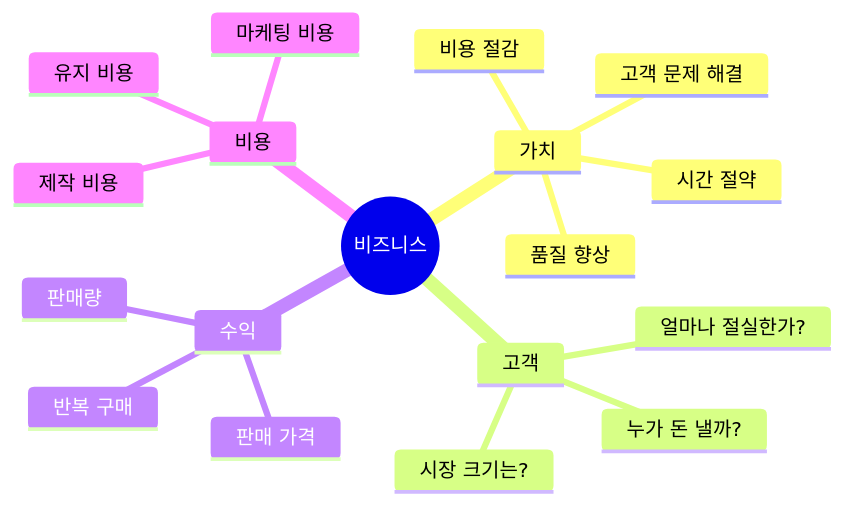
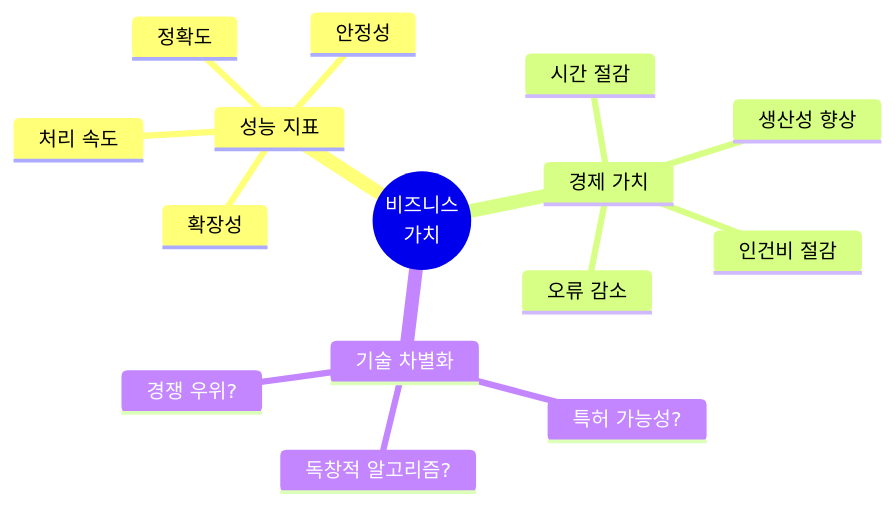
The ninth of 10 diagrams in docs/03_바이브_코딩_가이드.md (Collegenie-X/Smart_Factory_Arms_Project), drawn with Mermaid before and after one commit. The commit also changed other lines of this file and 17 other files, not shown here.

````diff
--- a/docs/03_바이브_코딩_가이드.md
+++ b/docs/03_바이브_코딩_가이드.md
@@ -461,21 +669,18 @@
 ```mermaid
 mindmap
-  root((비즈니스))
-    가치
-      고객 문제 해결
-      시간 절약
-      비용 절감
-      품질 향상
-    고객
-      누가 돈 낼까?
-      얼마나 절실한가?
-      시장 크기는?
-    수익
-      판매 가격
-      판매량
-      반복 구매
-    비용
-      제작 비용
-      유지 비용
-      마케팅 비용
+  root((비즈니스<br/>가치))
+    성능 지표
+      처리 속도
+      정확도
+      안정성
+      확장성
+    경제 가치
+      시간 절감
+      인건비 절감
+      오류 감소
+      생산성 향상
+    기술 차별화
+      독창적 알고리즘?
+      특허 가능성?
+      경쟁 우위?
 ```
````
